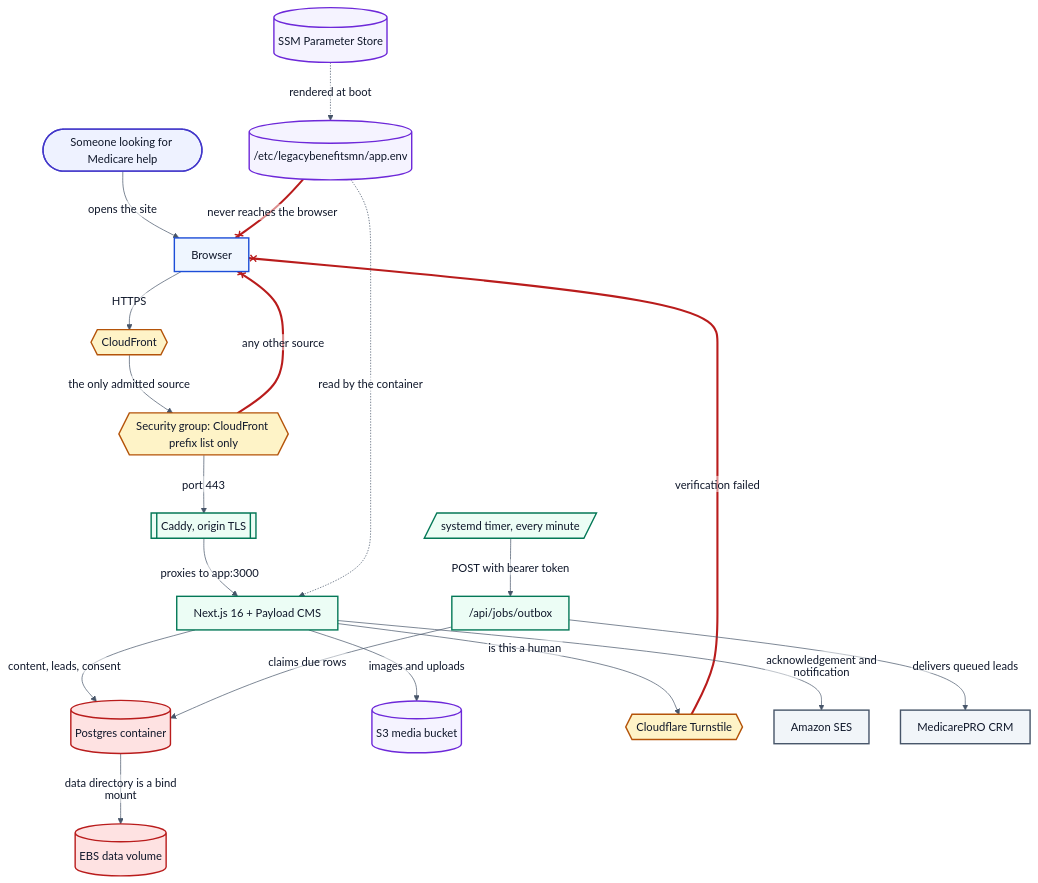
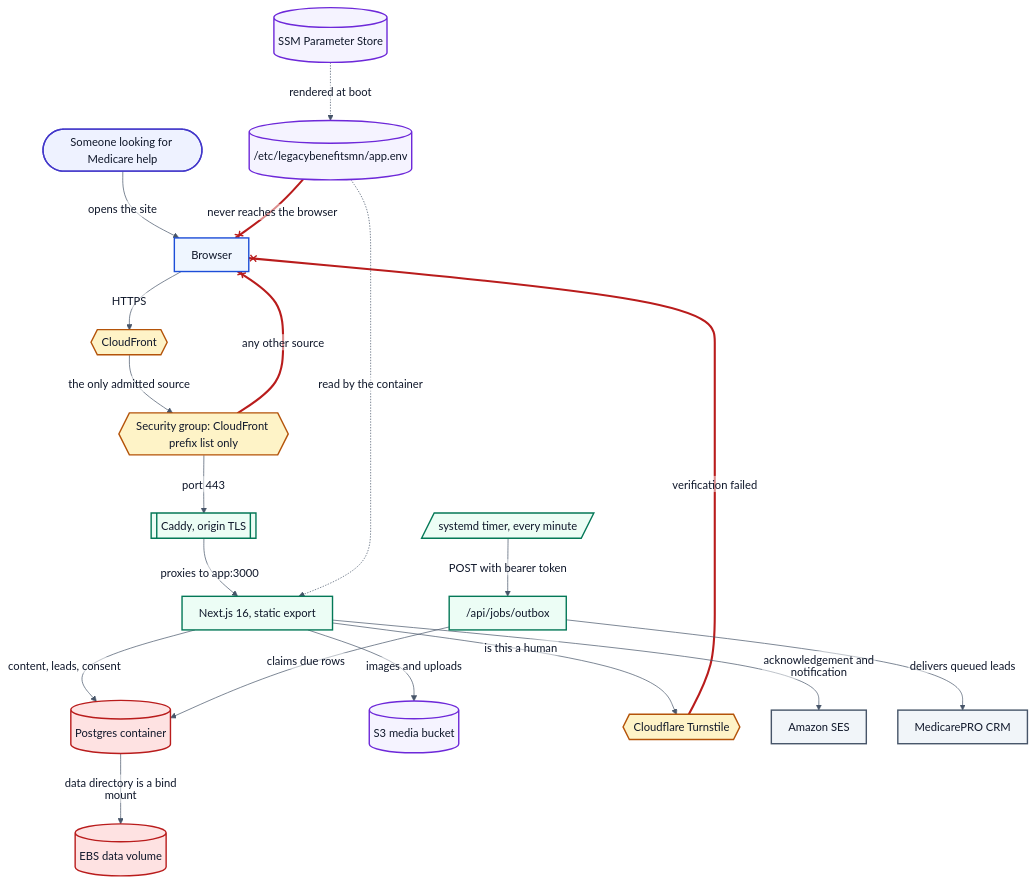
The diagram in docs/diagrams/D1-system-context.mmd (marc-mccarthy/legacy-benefits-mn), drawn with Mermaid before and after one commit. The commit also changed 1263 other files, not shown here.

```diff
--- a/docs/diagrams/D1-system-context.mmd
+++ b/docs/diagrams/D1-system-context.mmd
@@ -1,74 +1,74 @@
 %%{init: {"theme":"base","themeVariables":{"fontFamily":"Helvetica Neue, Helvetica, Arial, sans-serif","fontSize":"16px","textColor":"#0F172A","background":"#FFFFFF","lineColor":"#475569","mainBkg":"#EFF6FF","nodeBorder":"#1D4ED8","primaryColor":"#EFF6FF","primaryBorderColor":"#1D4ED8","primaryTextColor":"#0F172A","secondaryColor":"#F1F5F9","secondaryBorderColor":"#475569","secondaryTextColor":"#0F172A","tertiaryColor":"#F8FAFC","tertiaryBorderColor":"#CBD5E1","tertiaryTextColor":"#0F172A","clusterBkg":"#F8FAFC","clusterBorder":"#CBD5E1","edgeLabelBackground":"#FFFFFF","actorBkg":"#EEF2FF","actorBorder":"#4338CA","actorTextColor":"#0F172A","signalColor":"#475569","signalTextColor":"#0F172A","noteBkgColor":"#FEF3C7","noteBorderColor":"#B45309","noteTextColor":"#0F172A","activationBkgColor":"#ECFDF5","activationBorderColor":"#047857","labelBoxBkgColor":"#FEF3C7","labelBoxBorderColor":"#B45309","sequenceNumberColor":"#FFFFFF"},"flowchart":{"htmlLabels":false,"curve":"basis","nodeSpacing":45,"rankSpacing":60,"padding":12},"sequence":{"useMaxWidth":false,"htmlLabels":false,"mirrorActors":false,"wrap":true,"width":190}}}%%
 flowchart TB
 accTitle: How a visitor reaches the site and where their answer comes from
 accDescr {
   A top-to-bottom map of one visit. Someone looking for Medicare help opens the
   site in a browser. The request arrives at CloudFront, which is the only way in:
   the instance security group admits CloudFront's managed prefix list and nothing
   else, so the public address cannot be dialled directly. CloudFront forwards to
   Caddy on the single instance, which terminates origin TLS using a certificate it
   renews over DNS-01, and proxies inward to the Next.js application container.
-  The application reads content from Payload's tables and writes lead, Scope of
-  Appointment and do-not-contact records to the same Postgres container, whose
+  The application renders content authored in src/content and writes lead, Scope
+  of Appointment and do-not-contact records to the Postgres container, whose
   data directory is a bind mount on a separate EBS volume that outlives the
   instance. Images are served from an S3 bucket. Three outbound dependencies sit
   to the side: Cloudflare Turnstile verifies that a form submitter is human, SES
   sends the acknowledgement and the agency notification, and the MedicarePRO CRM
   receives leads. The CRM is never called during the visitor's request; a host
   timer posts to a local job route once a minute and that is what delivers. Every
   secret the application needs is rendered from SSM Parameter Store into a file on
   the box at boot, and none of it is reachable from the browser.
 }
 
 visitor([Someone looking for Medicare help])
 browser[Browser]
 edge{{CloudFront}}
 originSg{{"Security group: CloudFront prefix list only"}}
 caddy[["Caddy, origin TLS"]]
-app["Next.js 16 + Payload CMS"]
+app["Next.js 16, static export"]
 postgres[("Postgres container")]
 ebs[("EBS data volume")]
 mediaBucket[("S3 media bucket")]
 turnstile{{Cloudflare Turnstile}}
 ses[Amazon SES]
 crm[MedicarePRO CRM]
 timer[/"systemd timer, every minute"/]
 jobRoute["/api/jobs/outbox"]
 ssm[("SSM Parameter Store")]
 appEnv[("/etc/legacybenefitsmn/app.env")]
 
 visitor -->|opens the site| browser
 browser -->|HTTPS| edge
 edge -->|the only admitted source| originSg
 originSg -->|port 443| caddy
 originSg --x|any other source| browser
 caddy -->|proxies to app:3000| app
 app -->|content, leads, consent| postgres
 postgres -->|data directory is a bind mount| ebs
 app -->|images and uploads| mediaBucket
 app -->|is this a human| turnstile
 turnstile --x|verification failed| browser
 app -->|acknowledgement and notification| ses
 timer -->|POST with bearer token| jobRoute
 jobRoute -->|claims due rows| postgres
 jobRoute -->|delivers queued leads| crm
 ssm -.->|rendered at boot| appEnv
 appEnv -.->|read by the container| app
 appEnv --x|never reaches the browser| browser
 
 classDef human    fill:#EEF2FF,stroke:#4338CA,stroke-width:2px,color:#0F172A
 classDef client   fill:#EFF6FF,stroke:#1D4ED8,stroke-width:2px,color:#0F172A
 classDef ours     fill:#ECFDF5,stroke:#047857,stroke-width:2px,color:#0F172A
 classDef guard    fill:#FEF3C7,stroke:#B45309,stroke-width:2px,color:#0F172A
 classDef vendor   fill:#F1F5F9,stroke:#475569,stroke-width:2px,color:#0F172A
 classDef phi      fill:#FEE2E2,stroke:#B91C1C,stroke-width:2px,color:#0F172A
 classDef artifact fill:#F5F3FF,stroke:#6D28D9,stroke-width:2px,color:#0F172A
 
 class visitor human
 class browser client
 class edge,originSg,turnstile guard
 class caddy,app,jobRoute,timer ours
 class postgres,ebs phi
 class mediaBucket,ssm,appEnv artifact
 class ses,crm vendor
 linkStyle 4,10,17 stroke:#B91C1C,stroke-width:3px
```
